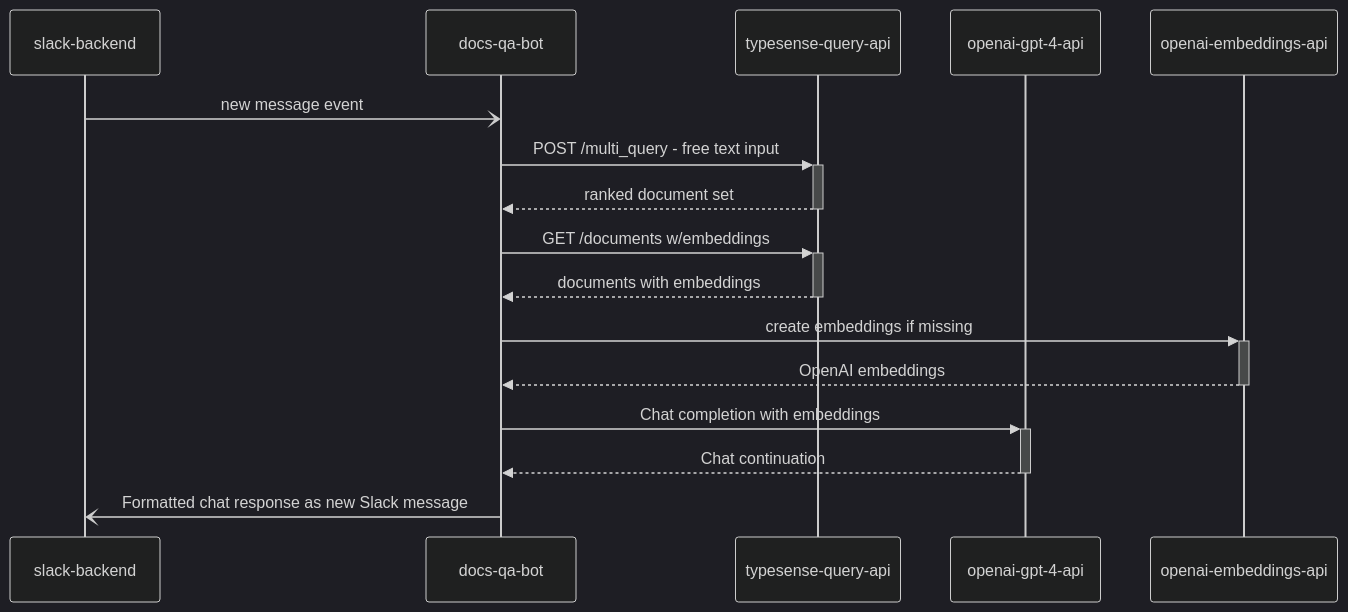
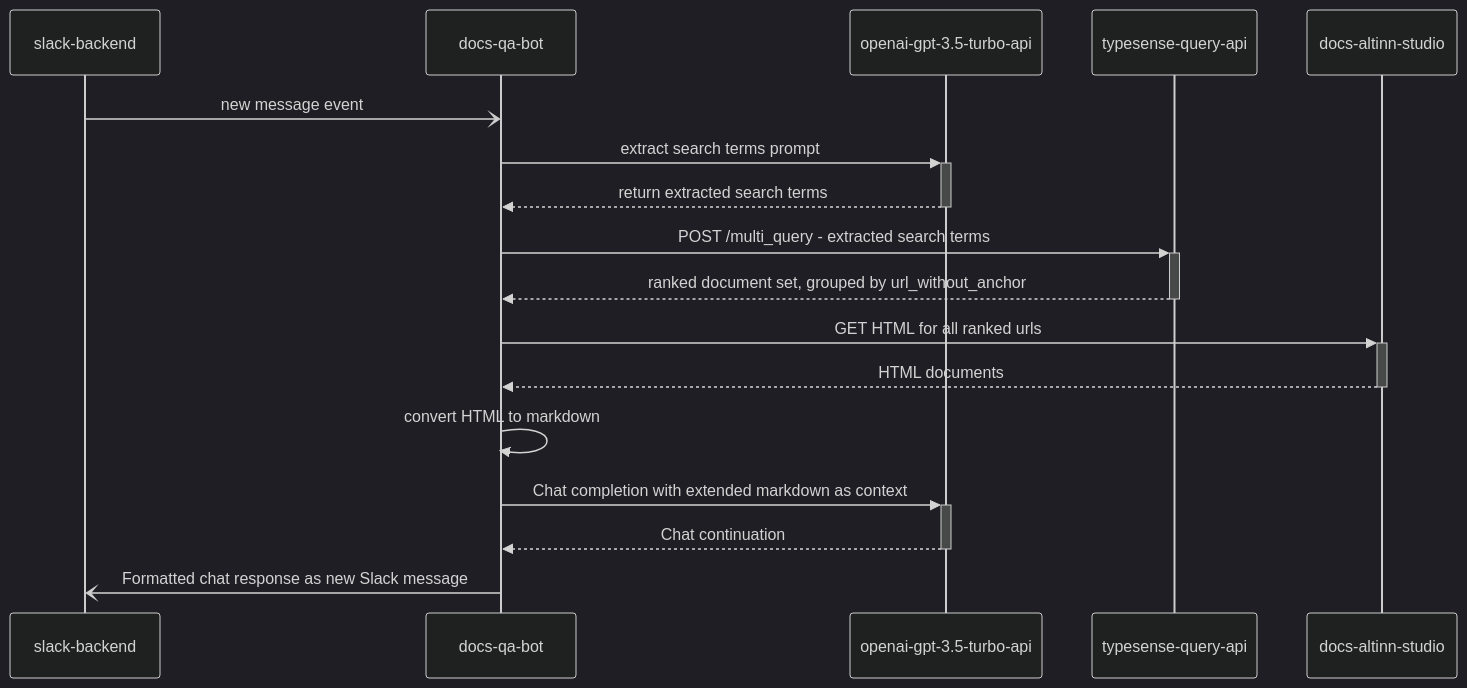
One commit to Altinn/digdir-slack-bot changed the diagram in README.md. Above: the diagram before and after it, drawn with Mermaid (dark theme).

Commit message:
update sequence diagram to reflect current pipeline structure

````diff
--- a/README.md
+++ b/README.md
@@ -21,19 +21,20 @@
 ```mermaid
 sequenceDiagram    
     participant slack-backend
     participant docs-qa-bot
+    participant openai-gpt-3.5-turbo-api 
     participant typesense-query-api
-    participant openai-gpt-4-api 
-    participant openai-embeddings-api
+    participant docs-altinn-studio
 
     slack-backend-)docs-qa-bot: new message event
-    docs-qa-bot->>+typesense-query-api: POST /multi_query - free text input
-    typesense-query-api-->>-docs-qa-bot: ranked document set
-    docs-qa-bot->>+typesense-query-api: GET /documents w/embeddings
-    typesense-query-api-->>-docs-qa-bot: documents with embeddings
-    docs-qa-bot->>+openai-embeddings-api: create embeddings if missing
-    openai-embeddings-api-->>-docs-qa-bot: OpenAI embeddings
-    docs-qa-bot->>+openai-gpt-4-api: Chat completion with embeddings
-    openai-gpt-4-api-->>-docs-qa-bot: Chat continuation
+    docs-qa-bot->>+openai-gpt-3.5-turbo-api: extract search terms prompt
+    openai-gpt-3.5-turbo-api-->>-docs-qa-bot: return extracted search terms
+    docs-qa-bot->>+typesense-query-api: POST /multi_query - extracted search terms
+    typesense-query-api-->>-docs-qa-bot: ranked document set, grouped by url_without_anchor
+    docs-qa-bot->>+docs-altinn-studio: GET HTML for all ranked urls
+    docs-altinn-studio-->>-docs-qa-bot: HTML documents
+    docs-qa-bot->>docs-qa-bot: convert HTML to markdown
+    docs-qa-bot->>+openai-gpt-3.5-turbo-api: Chat completion with extended markdown as context
+    openai-gpt-3.5-turbo-api-->>-docs-qa-bot: Chat continuation
     docs-qa-bot-)slack-backend: Formatted chat response as new Slack message
 ```
````
